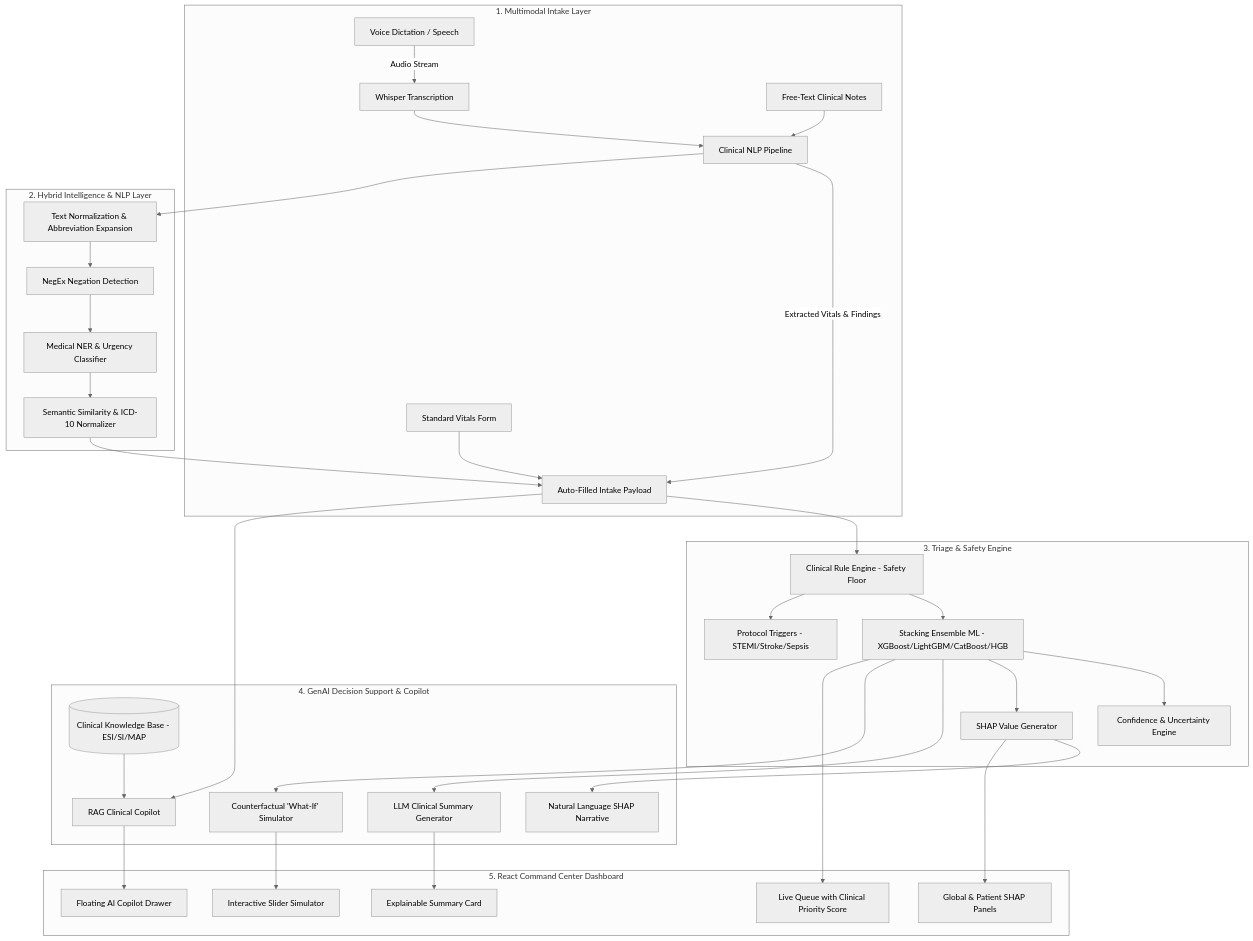
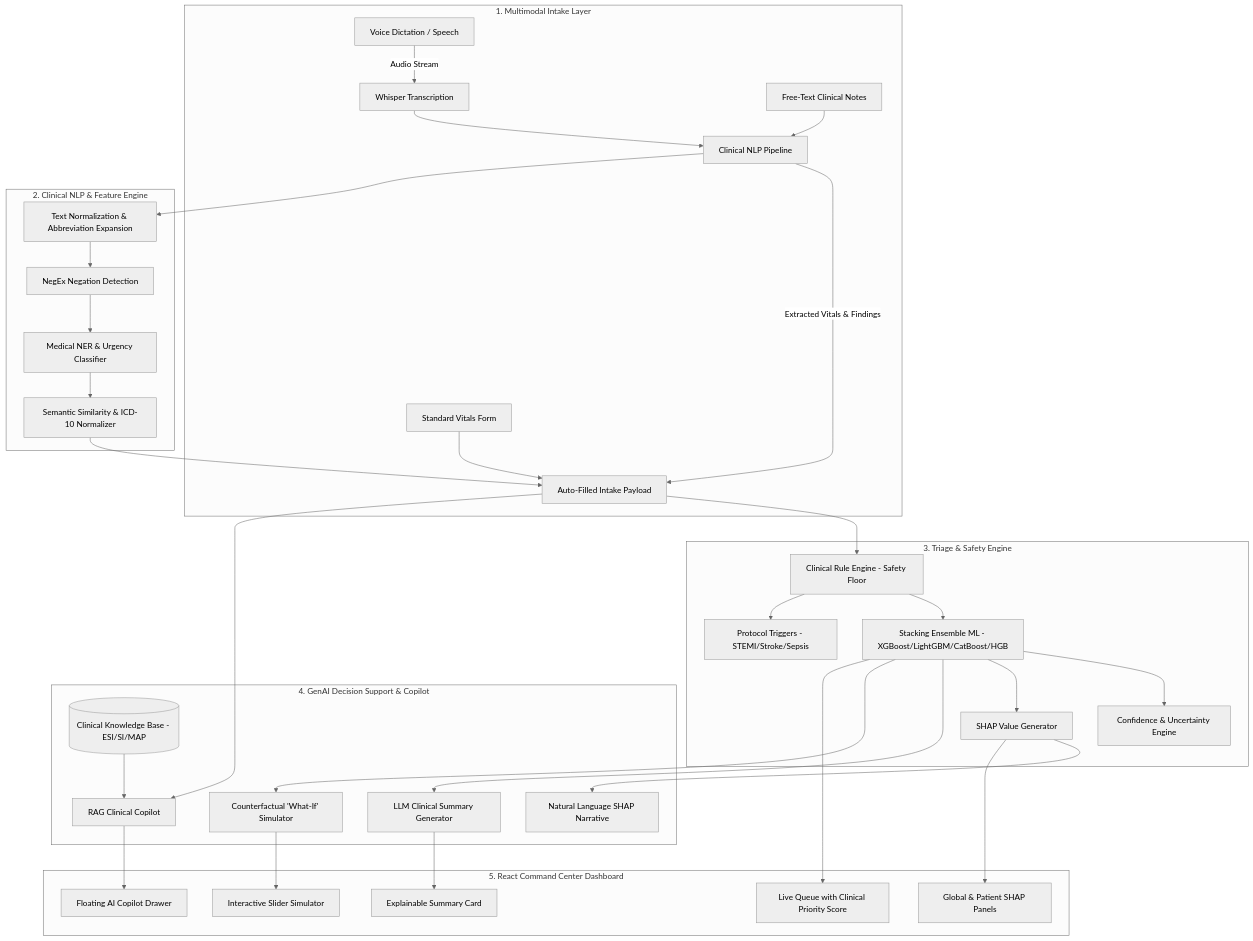
Before and after one commit to aanshiomar31-oss/JeevLok: the first of 4 diagrams in README.md, drawn with Mermaid (neutral theme). The commit also changed other lines of this file and 63 other files, not shown here.

````diff
--- a/README.md
+++ b/README.md
@@ -58,42 +73,42 @@
 ```mermaid
 flowchart TD
     subgraph Intake ["1. Multimodal Intake Layer"]
         A1[Voice Dictation / Speech] -->|Audio Stream| A2[Whisper Transcription]
         A3[Free-Text Clinical Notes] --> A4[Clinical NLP Pipeline]
         A2 --> A4
         A5[Standard Vitals Form] --> A6[Auto-Filled Intake Payload]
         A4 -->|Extracted Vitals & Findings| A6
     end
 
-    subgraph Processing ["2. Hybrid Intelligence & NLP Layer"]
+    subgraph Processing ["2. Clinical NLP & Feature Engine"]
         A4 --> B1[Text Normalization & Abbreviation Expansion]
         B1 --> B2[NegEx Negation Detection]
         B2 --> B3[Medical NER & Urgency Classifier]
         B3 --> B4[Semantic Similarity & ICD-10 Normalizer]
         B4 --> A6
     end
 
     subgraph Decision ["3. Triage & Safety Engine"]
         A6 --> C1[Clinical Rule Engine - Safety Floor]
         C1 --> C2[Stacking Ensemble ML - XGBoost/LightGBM/CatBoost/HGB]
         C2 --> C3[Confidence & Uncertainty Engine]
         C2 --> C4[SHAP Value Generator]
         C1 --> C5[Protocol Triggers - STEMI/Stroke/Sepsis]
     end
 
     subgraph GenAI ["4. GenAI Decision Support & Copilot"]
         C2 --> D1[LLM Clinical Summary Generator]
         C4 --> D2[Natural Language SHAP Narrative]
         D3[(Clinical Knowledge Base - ESI/SI/MAP)] --> D4[RAG Clinical Copilot]
         A6 --> D4
         C2 --> D5[Counterfactual 'What-If' Simulator]
     end
 
     subgraph Presentation ["5. React Command Center Dashboard"]
         C2 --> E1[Live Queue with Clinical Priority Score]
         D1 --> E2[Explainable Summary Card]
         D4 --> E3[Floating AI Copilot Drawer]
         D5 --> E4[Interactive Slider Simulator]
         C4 --> E5[Global & Patient SHAP Panels]
     end
 ```
````
